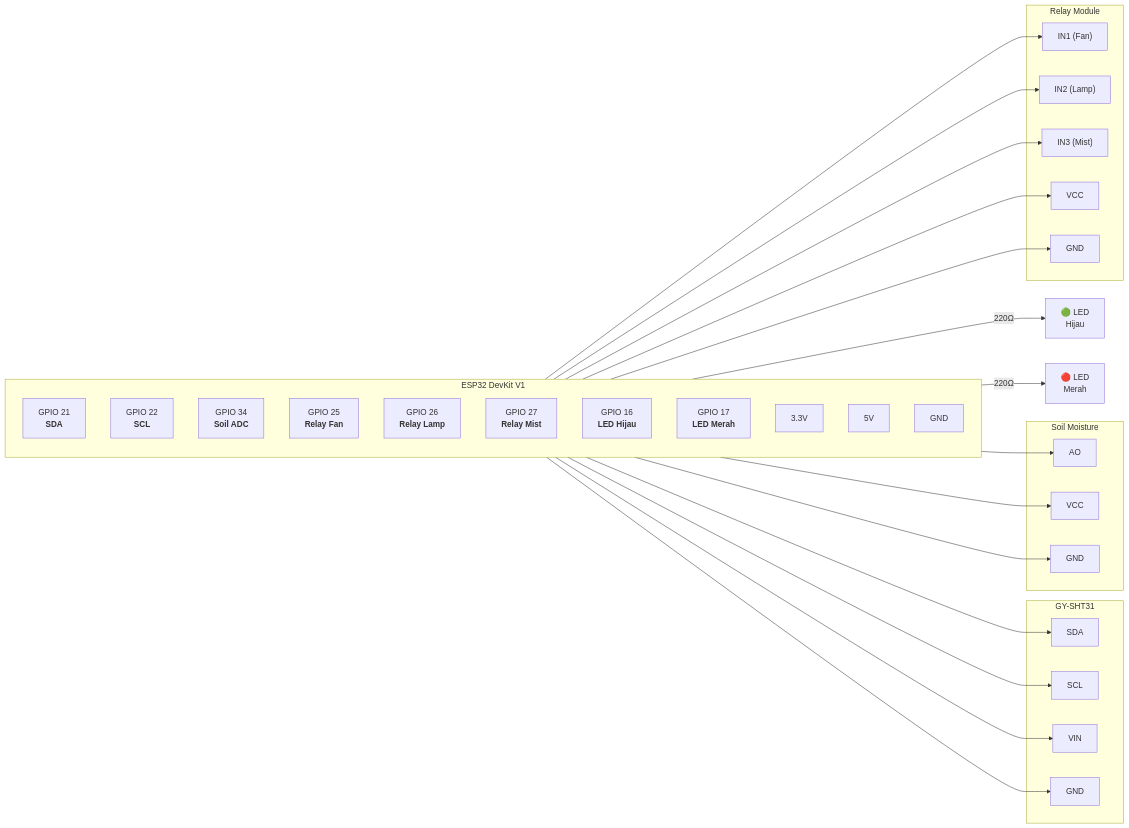
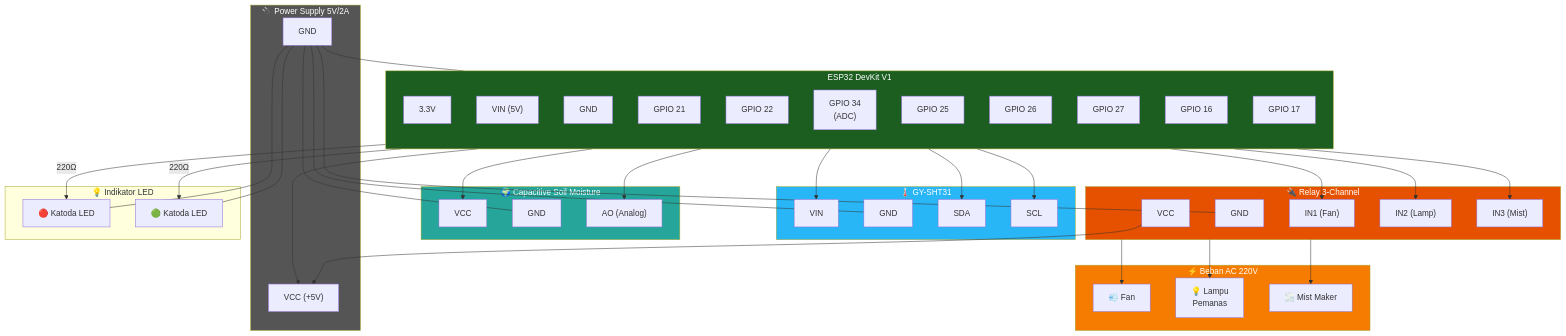
The second of 5 diagrams in README.md (Keyzoo0/MushroomIOT), drawn with Mermaid before and after one commit. The commit also changed other lines of this file, not shown here.

Commit message:
Fix Mermaid diagrams: stateDiagram entry point, API flowchart, tambah wiring diagram hardware

````diff
--- a/README.md
+++ b/README.md
@@ -134,56 +134,90 @@
 ```mermaid
-graph LR
-    subgraph "ESP32 DevKit V1"
-        direction TB
-        G21["GPIO 21<br><b>SDA</b>"]
-        G22["GPIO 22<br><b>SCL</b>"]
-        G34["GPIO 34<br><b>Soil ADC</b>"]
-        G25["GPIO 25<br><b>Relay Fan</b>"]
-        G26["GPIO 26<br><b>Relay Lamp</b>"]
-        G27["GPIO 27<br><b>Relay Mist</b>"]
-        G16["GPIO 16<br><b>LED Hijau</b>"]
-        G17["GPIO 17<br><b>LED Merah</b>"]
-        V33["3.3V"]
-        V5["5V"]
-        GND["GND"]
+flowchart TD
+    subgraph PS["🔌 Power Supply 5V/2A"]
+        PS_VCC["VCC (+5V)"]
+        PS_GND["GND"]
     end
 
-    subgraph "GY-SHT31"
-        SDA["SDA"]
-        SCL["SCL"]
-        VIN["VIN"]
-        GND_S["GND"]
+    subgraph ESP["ESP32 DevKit V1"]
+        direction TB
+        ESP_3V3["3.3V"]
+        ESP_VIN["VIN (5V)"]
+        ESP_G["GND"]
+        ESP_21["GPIO 21"]
+        ESP_22["GPIO 22"]
+        ESP_34["GPIO 34<br>(ADC)"]
+        ESP_25["GPIO 25"]
+        ESP_26["GPIO 26"]
+        ESP_27["GPIO 27"]
+        ESP_16["GPIO 16"]
+        ESP_17["GPIO 17"]
     end
 
-    subgraph "Soil Moisture"
-        SO_AO["AO"]
-        SO_VCC["VCC"]
-        SO_GND["GND"]
+    subgraph SHT["🌡️ GY-SHT31"]
+        SHT_VIN["VIN"]
+        SHT_G["GND"]
+        SHT_SDA["SDA"]
+        SHT_SCL["SCL"]
     end
 
-    subgraph "Relay Module"
-        R_IN1["IN1 (Fan)"]
-        R_IN2["IN2 (Lamp)"]
-        R_IN3["IN3 (Mist)"]
-        R_VCC["VCC"]
-        R_GND["GND"]
+    subgraph SOIL["🌍 Capacitive Soil Moisture"]
+        SOIL_VCC["VCC"]
+        SOIL_G["GND"]
+        SOIL_AO["AO (Analog)"]
     end
 
-    G21 --> SDA
-    G22 --> SCL
-    V33 --> VIN
-    GND --> GND_S
+    subgraph RELAY["🔌 Relay 3-Channel"]
+        RELAY_VCC["VCC"]
+        RELAY_G["GND"]
+        RELAY_IN1["IN1 (Fan)"]
+        RELAY_IN2["IN2 (Lamp)"]
+        RELAY_IN3["IN3 (Mist)"]
+    end
 
-    G34 --> SO_AO
-    V33 --> SO_VCC
-    GND --> SO_GND
+    subgraph LEDS["💡 Indikator LED"]
+        LED_G["🟢 LED Hijau<br>Anoda"]
+        LED_R["🔴 LED Merah<br>Anoda"]
+    end
 
-    G25 --> R_IN1
-    G26 --> R_IN2
-    G27 --> R_IN3
-    V5 --> R_VCC
-    GND --> R_GND
+    subgraph LOAD["⚡ Beban AC 220V"]
+        LOAD_FAN["💨 Fan"]
+        LOAD_LAMP["💡 Lampu<br>Pemanas"]
+        LOAD_MIST["🌫️ Mist Maker"]
+    end
 
-    G16 -- "220Ω" --> L1["🟢 LED<br>Hijau"]
-    G17 -- "220Ω" --> L2["🔴 LED<br>Merah"]
+    ESP_VIN --> PS_VCC
+    
+    PS_GND --- ESP_G
+    PS_GND --- SHT_G
+    PS_GND --- SOIL_G
+    PS_GND --- RELAY_G
+    PS_GND --- LED_G["🔴 Katoda LED"]
+    PS_GND --- LED_R["🟢 Katoda LED"]
+
+    ESP_3V3 --> SHT_VIN
+    ESP_3V3 --> SOIL_VCC
+
+    ESP_21 --> SHT_SDA
+    ESP_22 --> SHT_SCL
+    ESP_34 --> SOIL_AO
+
+    ESP_25 --> RELAY_IN1
+    ESP_26 --> RELAY_IN2
+    ESP_27 --> RELAY_IN3
+
+    ESP_16 -->|"220Ω"| LED_G
+    ESP_17 -->|"220Ω"| LED_R
+
+    RELAY_VCC --> PS_VCC
+
+    RELAY --> LOAD_FAN
+    RELAY --> LOAD_LAMP
+    RELAY --> LOAD_MIST
+
+    style ESP fill:#1b5e20,color:#fff
+    style SHT fill:#29b6f6,color:#fff
+    style SOIL fill:#26a69a,color:#fff
+    style RELAY fill:#e65100,color:#fff
+    style PS fill:#555,color:#fff
+    style LOAD fill:#f57c00,color:#fff
 ```
````
